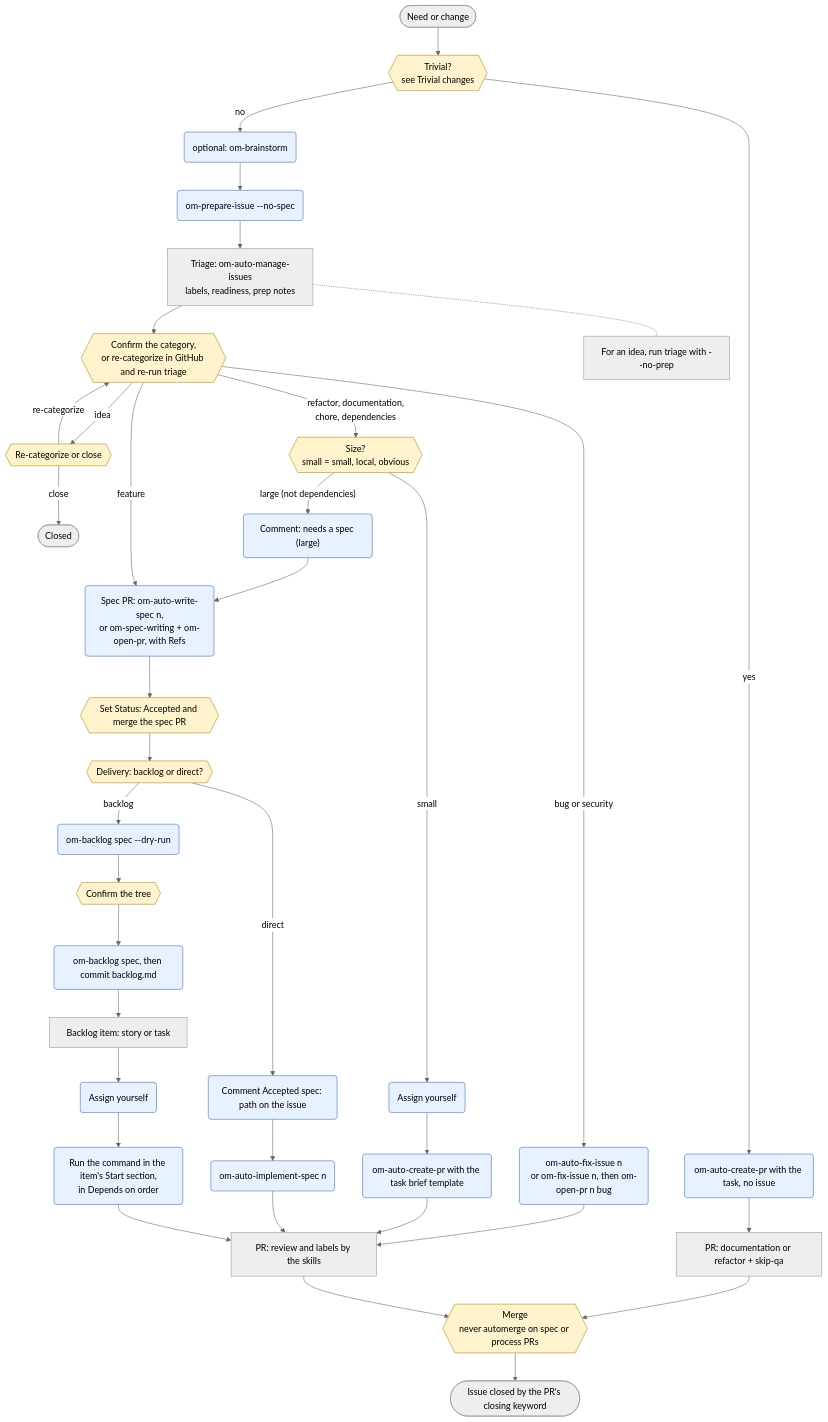
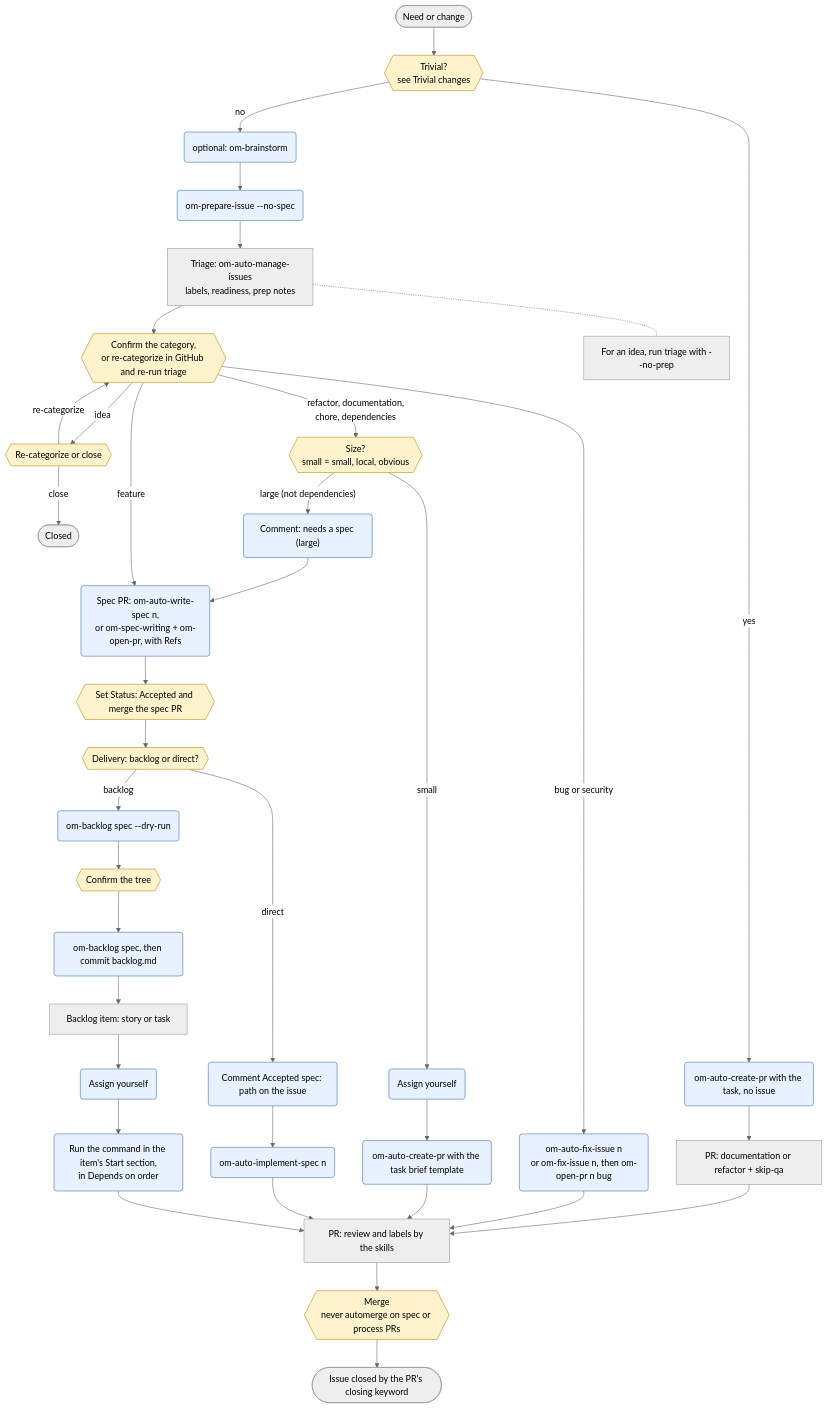
Before and after one commit to AZITWB/om-sdlc-sandbox: the first of 3 diagrams in SDLC-routes.md, drawn with Mermaid (neutral theme). The commit also changed other lines of this file and 5 other files, not shown here.

````diff
--- a/SDLC-routes.md
+++ b/SDLC-routes.md
@@ -24,52 +24,52 @@
 ```mermaid
 flowchart TD
     need([Need or change]) --> trivialQ{{"Trivial?<br/>see Trivial changes"}}
     trivialQ -- yes --> trivialRun("om-auto-create-pr with the task, no issue")
     trivialRun --> trivialPR["PR: documentation or refactor + skip-qa"]
-    trivialPR --> merge
+    trivialPR --> pr
 
     trivialQ -- no --> brainstorm("optional: om-brainstorm")
     brainstorm --> intake("om-prepare-issue --no-spec")
     intake --> triage["Triage: om-auto-manage-issues<br/>labels, readiness, prep notes"]
     triage --> confirm{{"Confirm the category,<br/>or re-categorize in GitHub and re-run triage"}}
     triage -.- prepNote["For an idea, run triage with --no-prep"]
 
     confirm -- idea --> ideaQ{{"Re-categorize or close"}}
     ideaQ -- re-categorize --> confirm
     ideaQ -- close --> closed([Closed])
 
     confirm -- "bug or security" --> bugRun("om-auto-fix-issue n<br/>or om-fix-issue n, then om-open-pr n bug")
     bugRun --> pr
 
     confirm -- "refactor, documentation,<br/>chore, dependencies" --> sizeQ{{"Size?<br/>small = small, local, obvious"}}
     sizeQ -- small --> assignTask("Assign yourself")
     assignTask --> taskRun("om-auto-create-pr with the task brief template")
     taskRun --> pr
     sizeQ -- "large (not dependencies)" --> largeNote("Comment: needs a spec (large)")
     largeNote --> specPR
 
     confirm -- feature --> specPR("Spec PR: om-auto-write-spec n,<br/>or om-spec-writing + om-open-pr, with Refs")
     specPR --> accept{{"Set Status: Accepted and merge the spec PR"}}
     accept --> deliveryQ{{"Delivery: backlog or direct?"}}
 
     deliveryQ -- backlog --> backlogDry("om-backlog spec --dry-run")
     backlogDry --> backlogOk{{"Confirm the tree"}}
     backlogOk --> backlogRun("om-backlog spec, then commit backlog.md")
     backlogRun --> item
 
     deliveryQ -- direct --> directComment("Comment Accepted spec: path on the issue")
     directComment --> directRun("om-auto-implement-spec n")
     directRun --> pr
 
     item["Backlog item: story or task"] --> assignItem("Assign yourself")
     assignItem --> startRun("Run the command in the item's Start section,<br/>in Depends on order")
     startRun --> pr
 
     pr["PR: review and labels by the skills"] --> merge{{"Merge<br/>never automerge on spec or process PRs"}}
     merge --> done([Issue closed by the PR's closing keyword])
 
     classDef human fill:#fff3cd,stroke:#b8860b,color:#000
     classDef cmd fill:#e7f1ff,stroke:#3b6fb6,color:#000
     class trivialQ,confirm,ideaQ,sizeQ,accept,deliveryQ,backlogOk,merge human
     class trivialRun,brainstorm,intake,bugRun,assignTask,taskRun,largeNote,specPR,backlogDry,backlogRun,directComment,directRun,assignItem,startRun cmd
 ```
````
